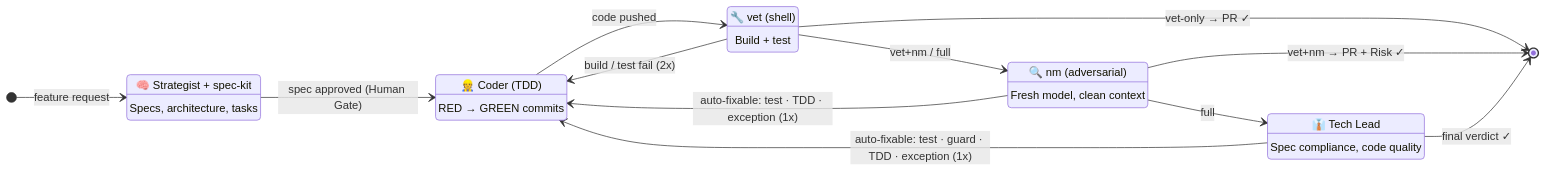
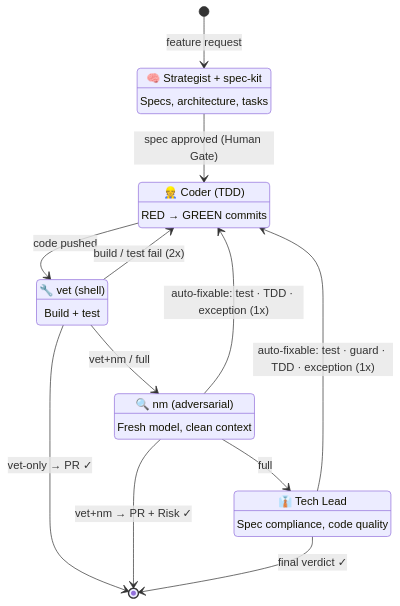
Before and after one commit to siongsheng/dokima: the diagram in README.md, drawn with Mermaid.

Commit message:
diagram: flip state diagram to vertical (direction TB)

````diff
--- a/README.md
+++ b/README.md
@@ -5,30 +5,30 @@
 ```mermaid
 stateDiagram-v2
-    direction LR
+    direction TB
 
     Plan : 🧠 Strategist + spec‑kit
     Plan : Specs, architecture, tasks
     Implement : 👷 Coder (TDD)
     Implement : RED → GREEN commits
     Validate : 🔧 vet (shell)
     Validate : Build + test
     Verify : 🔍 nm (adversarial)
     Verify : Fresh model, clean context
     Review : 👔 Tech Lead
     Review : Spec compliance, code quality
 
     [*] --> Plan : feature request
     Plan --> Implement : spec approved (Human Gate)
 
     Implement --> Validate : code pushed
     Validate --> Implement : build / test fail (2x)
     Validate --> [*] : vet‑only → PR ✓
     Validate --> Verify : vet+nm / full
 
     Verify --> Implement : auto‑fixable: test · TDD · exception (1x)
     Verify --> [*] : vet+nm → PR + Risk ✓
     Verify --> Review : full
 
     Review --> Implement : auto‑fixable: test · guard · TDD · exception (1x)
     Review --> [*] : final verdict ✓
 ```
````
